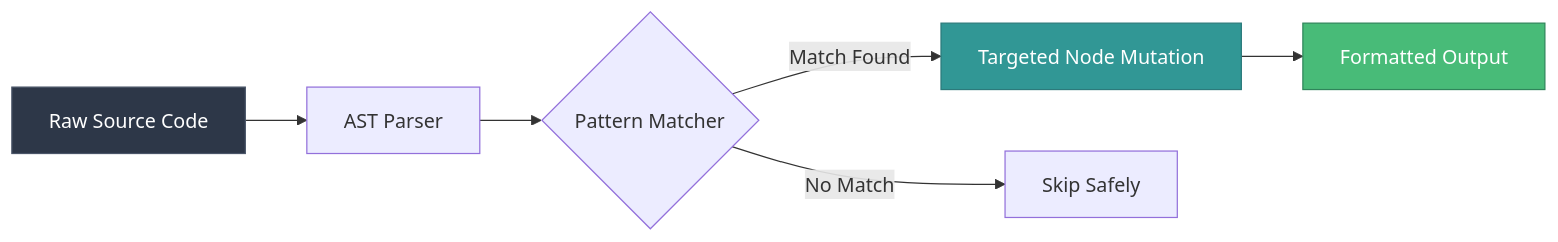
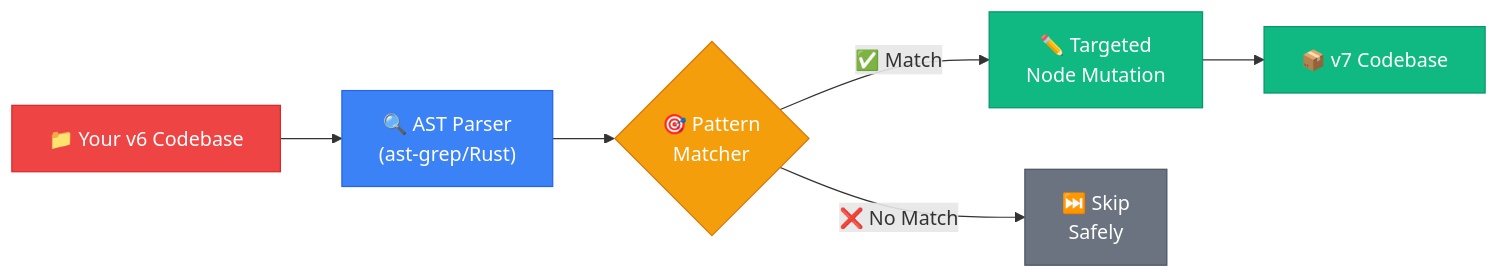
Before and after one commit to Ankit-raj-11/react-router-v6-to-v7: the first of 4 diagrams in README.md, drawn with Mermaid. The commit also changed other lines of this file and 7 other files, not shown here.

````diff
--- a/README.md
+++ b/README.md
@@ -33,11 +66,15 @@
 ```mermaid
 graph LR
-    A[Raw Source Code] --> B[AST Parser]
-    B --> C{Pattern Matcher}
-    C -->|Match Found| D[Targeted Node Mutation]
-    C -->|No Match| E[Skip Safely]
-    D --> F[Formatted Output]
-    style A fill:#2D3748,stroke:#4A5568,color:#fff
-    style D fill:#319795,stroke:#2C7A7B,color:#fff
-    style F fill:#48BB78,stroke:#2F855A,color:#fff
+    A["📁 Your v6 Codebase"] --> B["🔍 AST Parser<br/>(ast-grep/Rust)"]
+    B --> C{"🎯 Pattern<br/>Matcher"}
+    C -->|"✅ Match"| D["✏️ Targeted<br/>Node Mutation"]
+    C -->|"❌ No Match"| E["⏭️ Skip<br/>Safely"]
+    D --> F["📦 v7 Codebase"]
+    
+    style A fill:#ef4444,stroke:#dc2626,color:#fff
+    style B fill:#3b82f6,stroke:#2563eb,color:#fff
+    style C fill:#f59e0b,stroke:#d97706,color:#fff
+    style D fill:#10b981,stroke:#059669,color:#fff
+    style E fill:#6b7280,stroke:#4b5563,color:#fff
+    style F fill:#10b981,stroke:#059669,color:#fff
 ```
````
